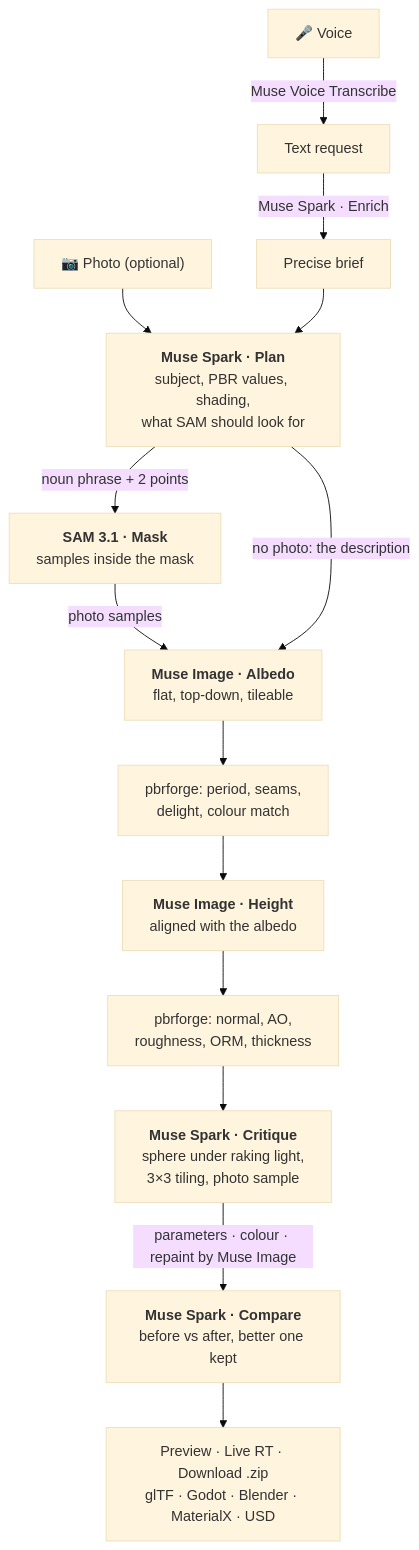
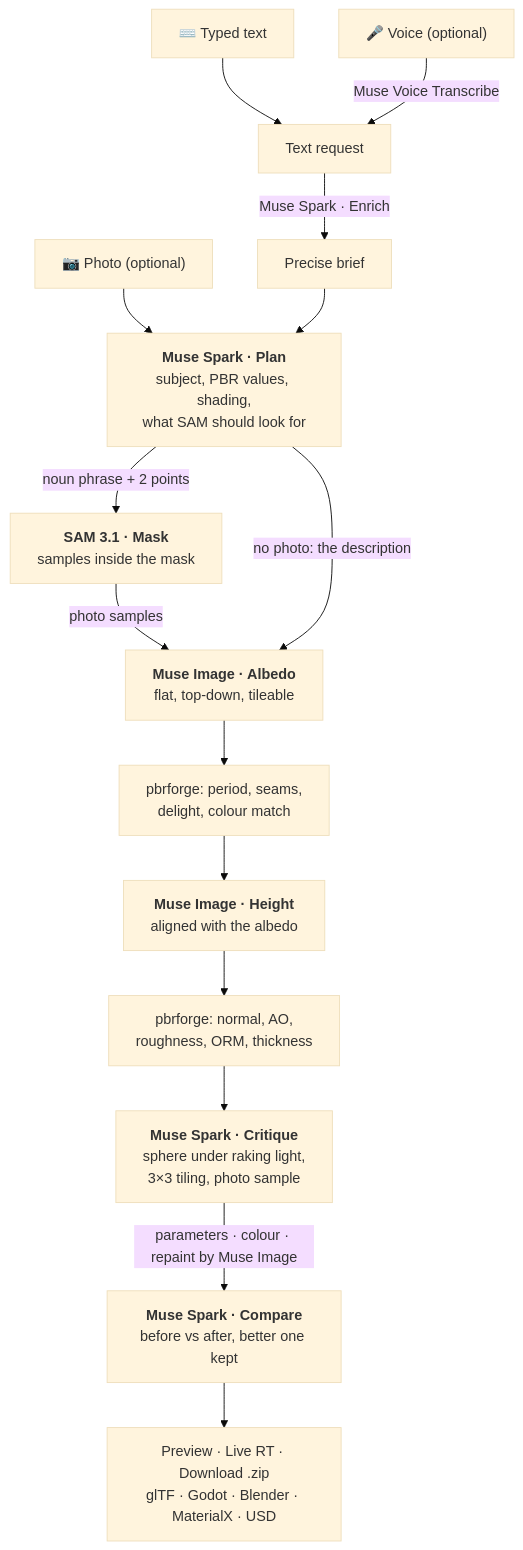
One commit to falcon123212/matterlift changed the diagram in README.md. Above: the diagram before and after it, drawn with Mermaid (base theme). The commit also changed other lines of this file, not shown here.

Commit message:
README: typing first, voice as an optional comfort; photo tests in the judge path; local server with your own key

````diff
--- a/README.md
+++ b/README.md
@@ -144,16 +154,17 @@
 ```mermaid
 flowchart TD
-  V["🎤 Voice"] -->|"Muse Voice Transcribe"| T["Text request"]
+  K["⌨️ Typed text"] --> T["Text request"]
+  V["🎤 Voice (optional)"] -->|"Muse Voice Transcribe"| T
   T -->|"Muse Spark · Enrich"| B["Precise brief"]
   P["📷 Photo (optional)"] --> PL
   B --> PL["<b>Muse Spark · Plan</b><br/>subject, PBR values, shading,<br/>what SAM should look for"]
   PL -->|"noun phrase + 2 points"| SAM["<b>SAM 3.1 · Mask</b><br/>samples inside the mask"]
   SAM -->|"photo samples"| ALB["<b>Muse Image · Albedo</b><br/>flat, top-down, tileable"]
   PL -->|"no photo: the description"| ALB
   ALB --> PF["pbrforge: period, seams,<br/>delight, colour match"]
   PF --> HGT["<b>Muse Image · Height</b><br/>aligned with the albedo"]
   HGT --> MAPS["pbrforge: normal, AO,<br/>roughness, ORM, thickness"]
   MAPS --> CR["<b>Muse Spark · Critique</b><br/>sphere under raking light,<br/>3×3 tiling, photo sample"]
   CR -->|"parameters · colour · repaint by Muse Image"| CMP["<b>Muse Spark · Compare</b><br/>before vs after, better one kept"]
   CMP --> OUT["Preview · Live RT · Download .zip<br/>glTF · Godot · Blender · MaterialX · USD"]
 ```
````
